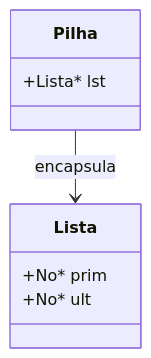
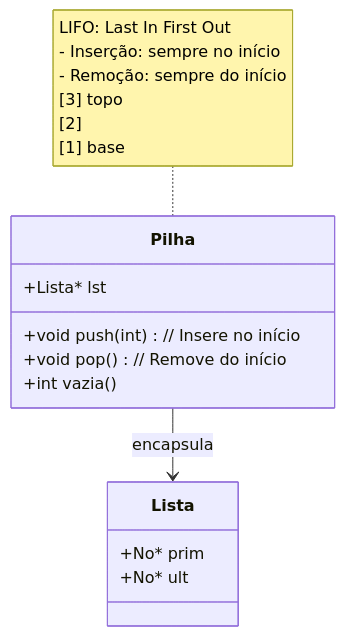
One commit to DanielTrindade/Tipos-abstratos-de-dados-basicos changed the third of 3 diagrams in readme.md. Above: the diagram before and after it, drawn with Mermaid. The commit also changed other lines of this file, not shown here.

Commit message:
fix: readme diagrama estruturas

````diff
--- a/readme.md
+++ b/readme.md
@@ -52,11 +61,21 @@
 ```mermaid
 classDiagram
     class Pilha {
         +Lista* lst
+        +void push(int)  // Insere no início
+        +void pop()      // Remove do início
+        +int vazia()
     }
     class Lista {
         +No* prim
         +No* ult
     }
     Pilha --> Lista : encapsula
+
+    note for Pilha "LIFO: Last In First Out
+    - Inserção: sempre no início
+    - Remoção: sempre do início
+        [3] topo
+        [2]
+        [1] base"
 ```
````
